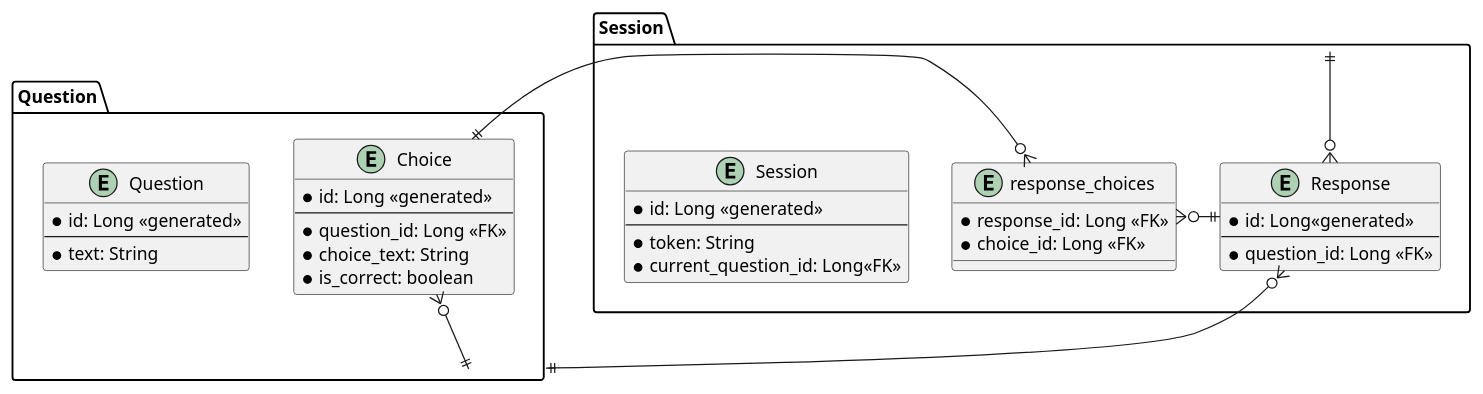
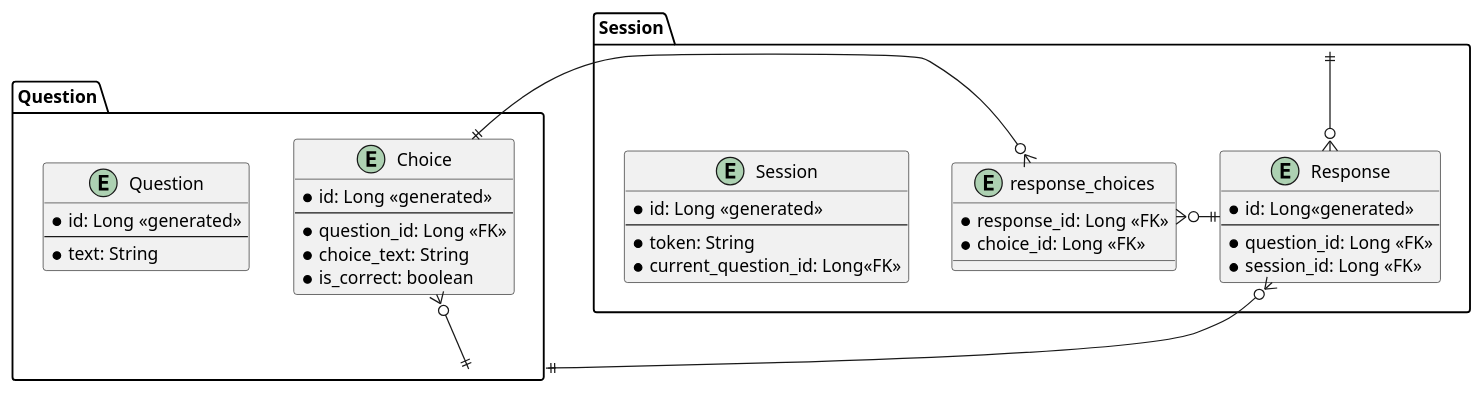
One commit to TomSpencerLondon/Quiz changed the diagram in src/main/resources/diagrams/database.puml. Above: the diagram before and after it, drawn with PlantUML. The commit also changed 8 other files, not shown here.

```diff
--- a/src/main/resources/diagrams/database.puml
+++ b/src/main/resources/diagrams/database.puml
@@ -1,44 +1,45 @@
 @startuml
 
 namespace Session {
     entity Session {
         * id: Long <<generated>>
         --
         * token: String
         * current_question_id: Long<<FK>>
     }
 
     entity Response {
         * id: Long<<generated>>
         --
         * question_id: Long <<FK>>
+        * session_id: Long <<FK>>
     }
 
     entity response_choices {
         * response_id: Long <<FK>>
         * choice_id: Long <<FK>>
     }
 }
 namespace Question {
     entity Question {
         * id: Long <<generated>>
         --
         * text: String
     }
 
     entity Choice {
         * id: Long <<generated>>
         --
         * question_id: Long <<FK>>
         * choice_text: String
         * is_correct: boolean
     }
 }
 
 
 Session ||--o{ Response
 Response }o--|| Question
 Choice }o--|| Question
 Response ||-left-o{ response_choices
 Choice ||-right-o{ response_choices
 @enduml
```
